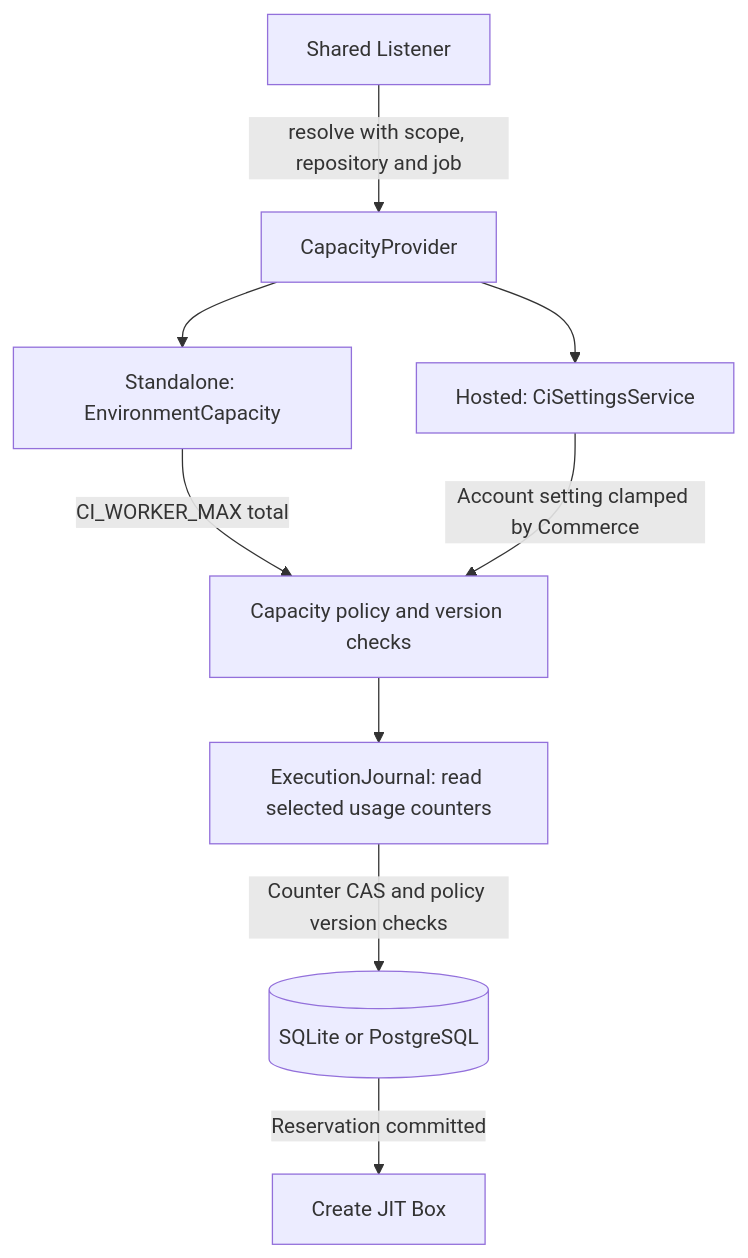
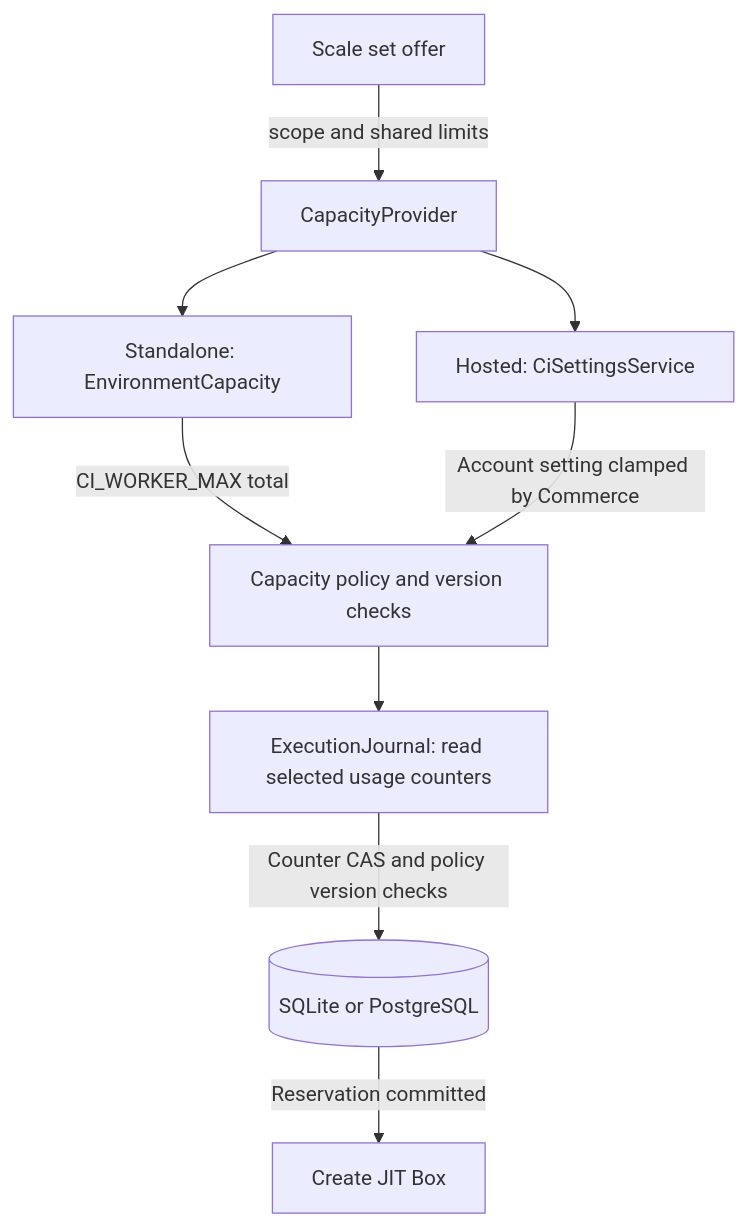
Before and after one commit to boxlite-ai/boxlite: the first of 6 diagrams in apps/libs/ci-listener/README.md, drawn with Mermaid. The commit also changed other lines of this file and 64 other files, not shown here.

````diff
--- a/apps/libs/ci-listener/README.md
+++ b/apps/libs/ci-listener/README.md
@@ -362,11 +352,11 @@
 ```mermaid
 flowchart TD
-    L[Shared Listener] -->|resolve with scope, repository and job| P[CapacityProvider]
+    G[Scale set offer] -->|scope and shared limits| P[CapacityProvider]
     P --> E[Standalone: EnvironmentCapacity]
     P --> H[Hosted: CiSettingsService]
     E -->|CI_WORKER_MAX total| R[Capacity policy and version checks]
     H -->|Account setting clamped by Commerce| R
     R --> K[ExecutionJournal: read selected usage counters]
     K -->|Counter CAS and policy version checks| S[(SQLite or PostgreSQL)]
     S -->|Reservation committed| B[Create JIT Box]
 ```
````
